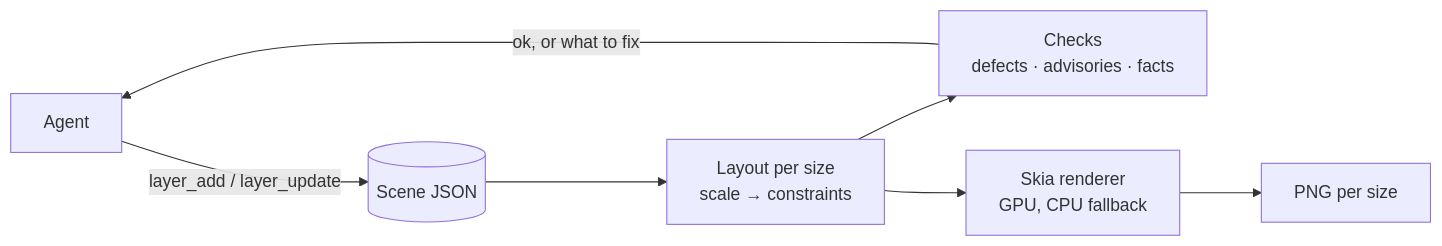
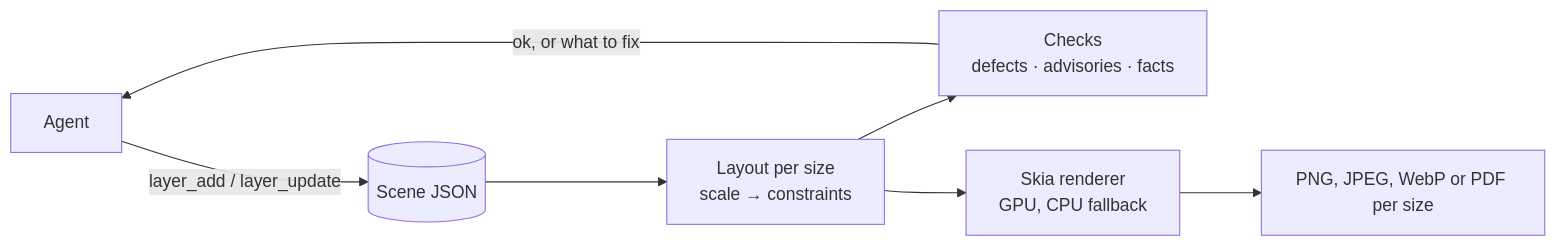
One commit to keyline-dev/keyline changed the diagram in README.md. Above: the diagram before and after it, drawn with Mermaid. The commit also changed other lines of this file and 114 other files, not shown here.

````diff
--- a/README.md
+++ b/README.md
@@ -24,9 +24,9 @@
 ```mermaid
 flowchart LR
     A[Agent] -- "layer_add / layer_update" --> S[(Scene JSON)]
     S --> L["Layout per size<br/>scale → constraints"]
     L --> C["Checks<br/>defects · advisories · facts"]
     C -- "ok, or what to fix" --> A
     L --> R["Skia renderer<br/>GPU, CPU fallback"]
-    R --> P[PNG per size]
+    R --> P["PNG, JPEG, WebP or PDF per size"]
 ```
````
